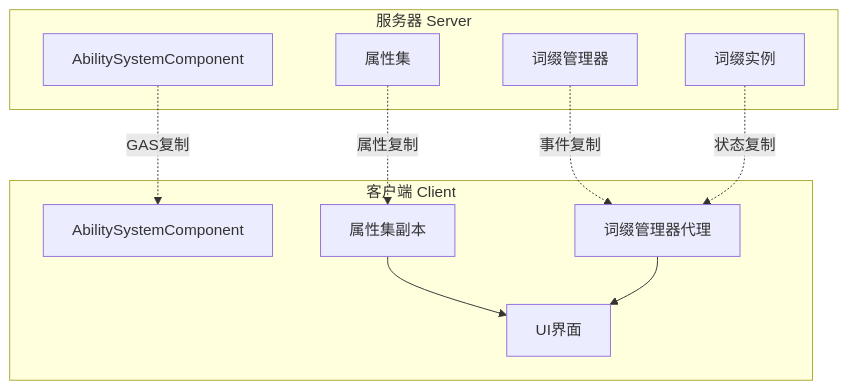
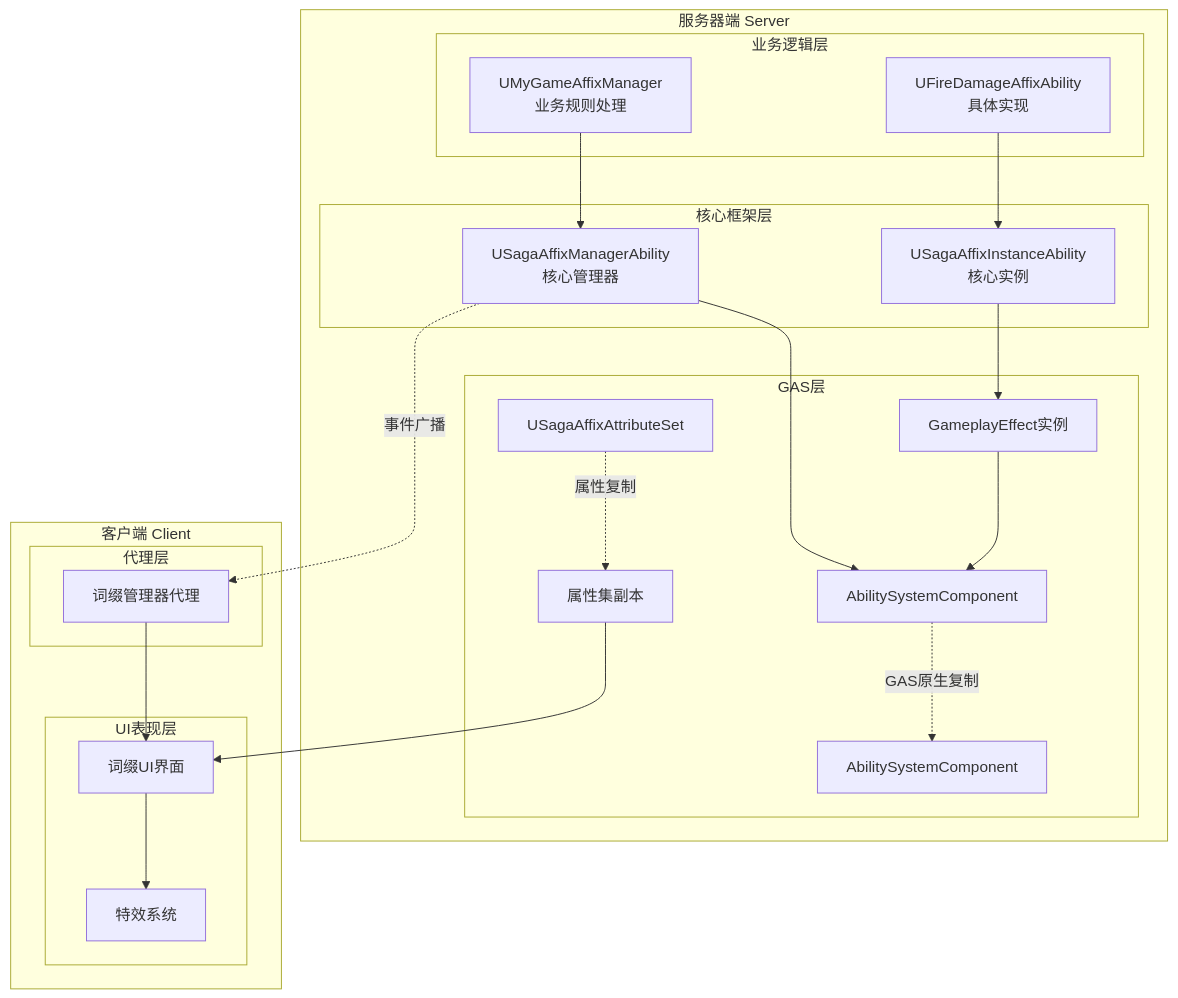
Diagram 11 of 19 in docs/SagaAffix词缀系统程序设计文档.md (ZiJinZiMing/SagaStats), drawn with Mermaid before and after one commit. The commit also changed other lines of this file and 7 other files, not shown here.

````diff
--- a/docs/SagaAffix词缀系统程序设计文档.md
+++ b/docs/SagaAffix词缀系统程序设计文档.md
@@ -742,26 +1037,53 @@
 ```mermaid
 graph TB
-    subgraph "服务器 Server"
-        ServerASC[AbilitySystemComponent]
-        ServerManager[词缀管理器]
-        ServerInstance[词缀实例]
-        ServerAttributeSet[属性集]
+    subgraph "服务器端 Server"
+        subgraph "业务逻辑层"
+            ServerBusiness[UMyGameAffixManager<br/>业务规则处理]
+            ServerConcrete[UFireDamageAffixAbility<br/>具体实现]
+        end
+        
+        subgraph "核心框架层"
+            ServerCore[USagaAffixManagerAbility<br/>核心管理器]
+            ServerInstance[USagaAffixInstanceAbility<br/>核心实例]
+        end
+        
+        subgraph "GAS层"
+            ServerASC[AbilitySystemComponent]
+            ServerAttributeSet[USagaAffixAttributeSet]
+            ServerGE[GameplayEffect实例]
+        end
     end
     
     subgraph "客户端 Client"
-        ClientASC[AbilitySystemComponent]
-        ClientManager[词缀管理器代理]
-        ClientAttributeSet[属性集副本]
-        ClientUI[UI界面]
+        subgraph "UI表现层"
+            ClientUI[词缀UI界面]
+            ClientVFX[特效系统]
+        end
+        
+        subgraph "代理层"
+            ClientProxy[词缀管理器代理]
+        end
+        
+        subgraph "GAS层"
+            ClientASC[AbilitySystemComponent]
+            ClientAttributeSet[属性集副本]
+        end
     end
     
-    ServerASC -.->|GAS复制| ClientASC
+    %% 网络复制关系
+    ServerASC -.->|GAS原生复制| ClientASC
     ServerAttributeSet -.->|属性复制| ClientAttributeSet
-    ServerManager -.->|事件复制| ClientManager
-    ServerInstance -.->|状态复制| ClientManager
+    ServerCore -.->|事件广播| ClientProxy
     
+    %% 客户端数据流
     ClientAttributeSet --> ClientUI
-    ClientManager --> ClientUI
+    ClientProxy --> ClientUI
+    ClientUI --> ClientVFX
     
-    %% 基于GAS原生复制机制
+    %% 服务器内部依赖
+    ServerBusiness --> ServerCore
+    ServerConcrete --> ServerInstance
+    ServerCore --> ServerASC
+    ServerInstance --> ServerGE
+    ServerGE --> ServerASC
 ```
````
